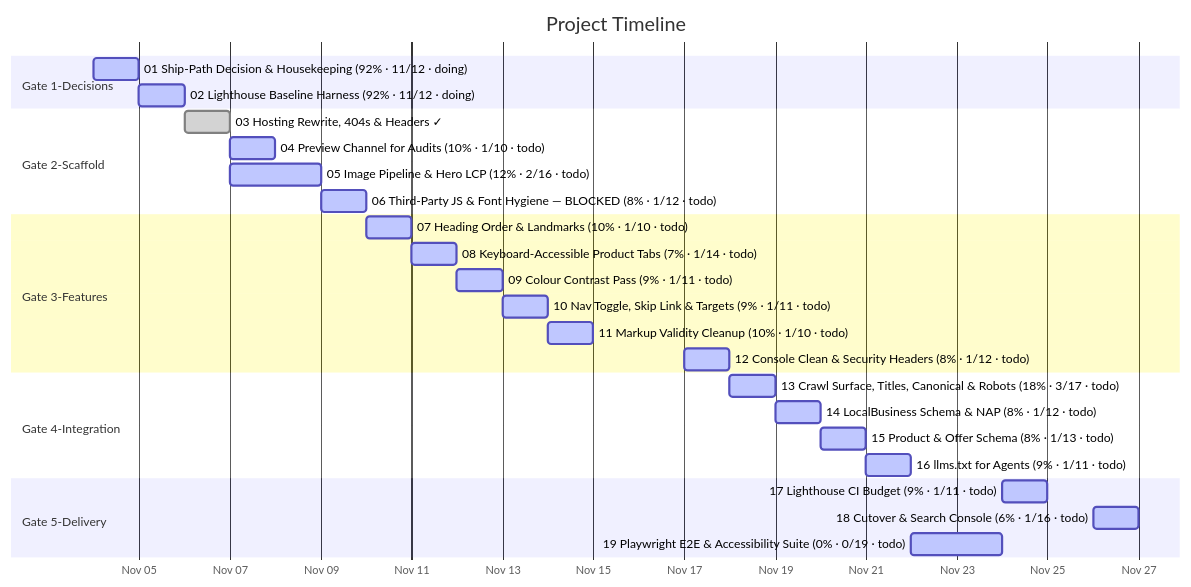
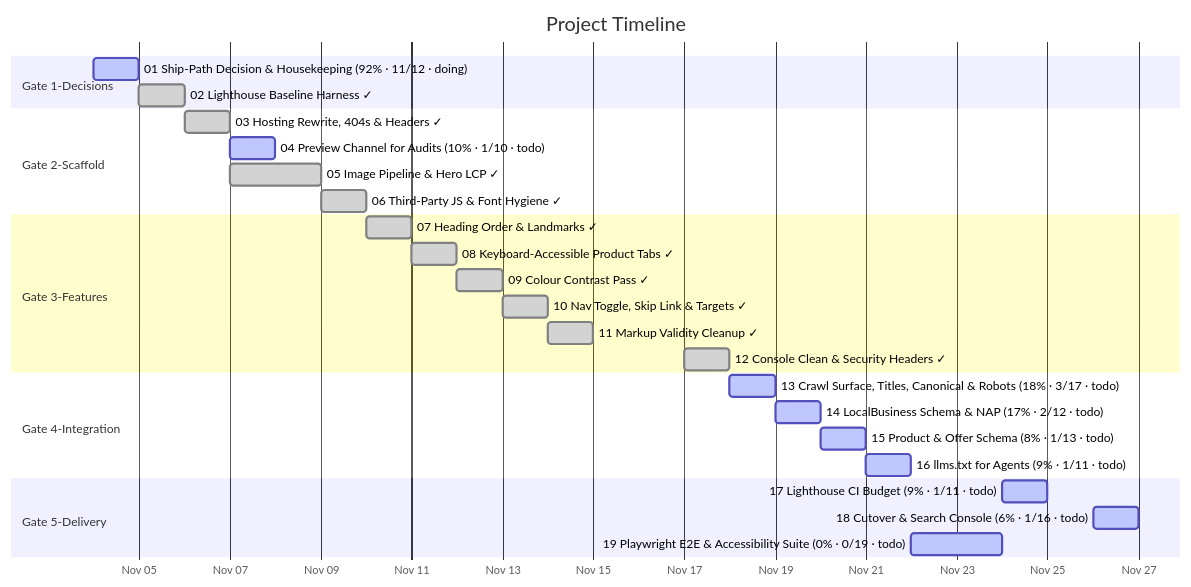
One commit to matterattetatte/esmia-v5 changed the diagram in docs/diagrams/task-gantt.md. Above: the diagram before and after it, drawn with Mermaid. The commit also changed other lines of this file and 33 other files, not shown here.

Commit message:
Complete Gate 2 & 3: image pipeline, ARIA tabs, contrast, markup validation, and security headers (#4)

````diff
--- a/docs/diagrams/task-gantt.md
+++ b/docs/diagrams/task-gantt.md
@@ -27,31 +27,31 @@
 ```mermaid
 gantt
     title Project Timeline
     dateFormat  YYYY-MM-DD
     axisFormat  %b %d
 
     section Gate 1-Decisions
     01 Ship-Path Decision & Housekeeping (92% · 11/12 · doing) : active, 2026-11-04, 1d
-    02 Lighthouse Baseline Harness (92% · 11/12 · doing) : active, 2026-11-05, 1d
+    02 Lighthouse Baseline Harness ✓ : done, 2026-11-05, 1d
     section Gate 2-Scaffold
     03 Hosting Rewrite, 404s & Headers ✓ : done, 2026-11-06, 1d
     04 Preview Channel for Audits (10% · 1/10 · todo) : active, 2026-11-07, 1d
-    05 Image Pipeline & Hero LCP (12% · 2/16 · todo) : active, 2026-11-07, 2d
-    06 Third-Party JS & Font Hygiene — BLOCKED (8% · 1/12 · todo) : active, 2026-11-09, 1d
+    05 Image Pipeline & Hero LCP ✓ : done, 2026-11-07, 2d
+    06 Third-Party JS & Font Hygiene ✓ : done, 2026-11-09, 1d
     section Gate 3-Features
-    07 Heading Order & Landmarks (10% · 1/10 · todo) : active, 2026-11-10, 1d
-    08 Keyboard-Accessible Product Tabs (7% · 1/14 · todo) : active, 2026-11-11, 1d
-    09 Colour Contrast Pass (9% · 1/11 · todo) : active, 2026-11-12, 1d
-    10 Nav Toggle, Skip Link & Targets (9% · 1/11 · todo) : active, 2026-11-13, 1d
-    11 Markup Validity Cleanup (10% · 1/10 · todo) : active, 2026-11-14, 1d
-    12 Console Clean & Security Headers (8% · 1/12 · todo) : active, 2026-11-17, 1d
+    07 Heading Order & Landmarks ✓ : done, 2026-11-10, 1d
+    08 Keyboard-Accessible Product Tabs ✓ : done, 2026-11-11, 1d
+    09 Colour Contrast Pass ✓ : done, 2026-11-12, 1d
+    10 Nav Toggle, Skip Link & Targets ✓ : done, 2026-11-13, 1d
+    11 Markup Validity Cleanup ✓ : done, 2026-11-14, 1d
+    12 Console Clean & Security Headers ✓ : done, 2026-11-17, 1d
     section Gate 4-Integration
     13 Crawl Surface, Titles, Canonical & Robots (18% · 3/17 · todo) : active, 2026-11-18, 1d
-    14 LocalBusiness Schema & NAP (8% · 1/12 · todo) : active, 2026-11-19, 1d
+    14 LocalBusiness Schema & NAP (17% · 2/12 · todo) : active, 2026-11-19, 1d
     15 Product & Offer Schema (8% · 1/13 · todo) : active, 2026-11-20, 1d
     16 llms.txt for Agents (9% · 1/11 · todo) : active, 2026-11-21, 1d
     section Gate 5-Delivery
     17 Lighthouse CI Budget (9% · 1/11 · todo) : active, 2026-11-24, 1d
     18 Cutover & Search Console (6% · 1/16 · todo) : active, 2026-11-26, 1d
     19 Playwright E2E & Accessibility Suite (0% · 0/19 · todo) : active, 2026-11-22, 2d
 ```
````
